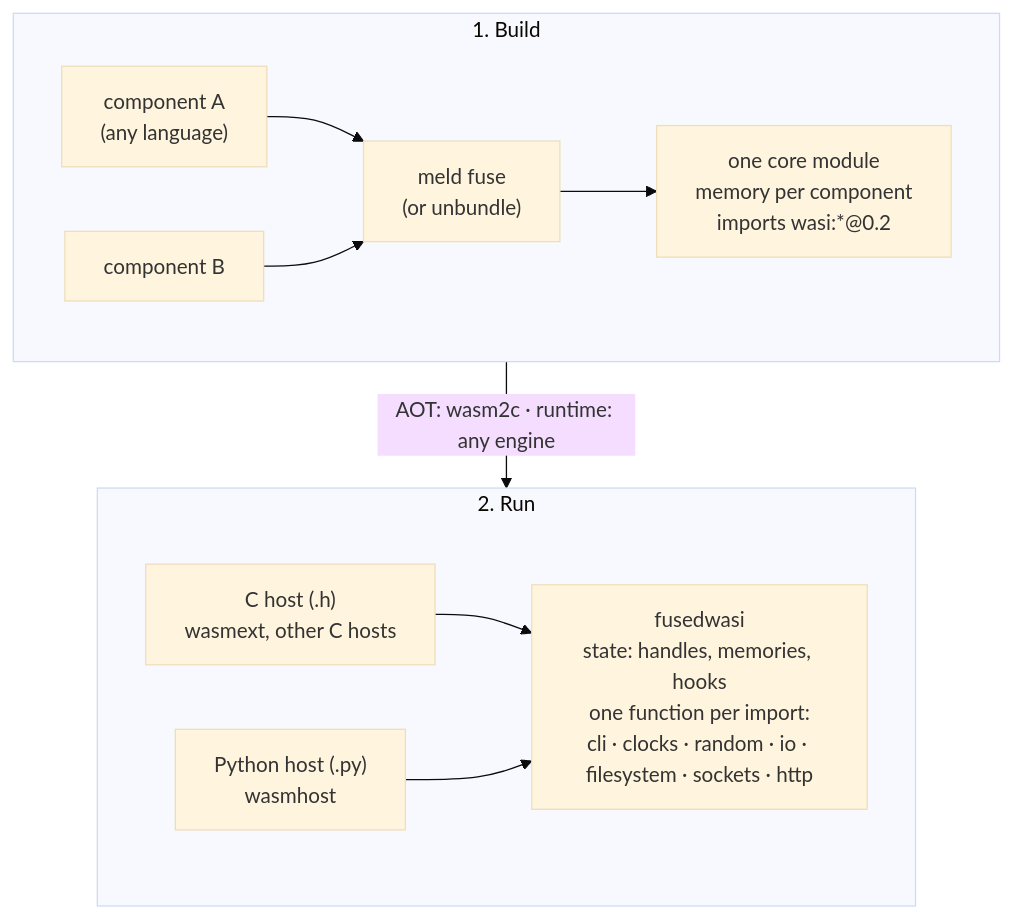
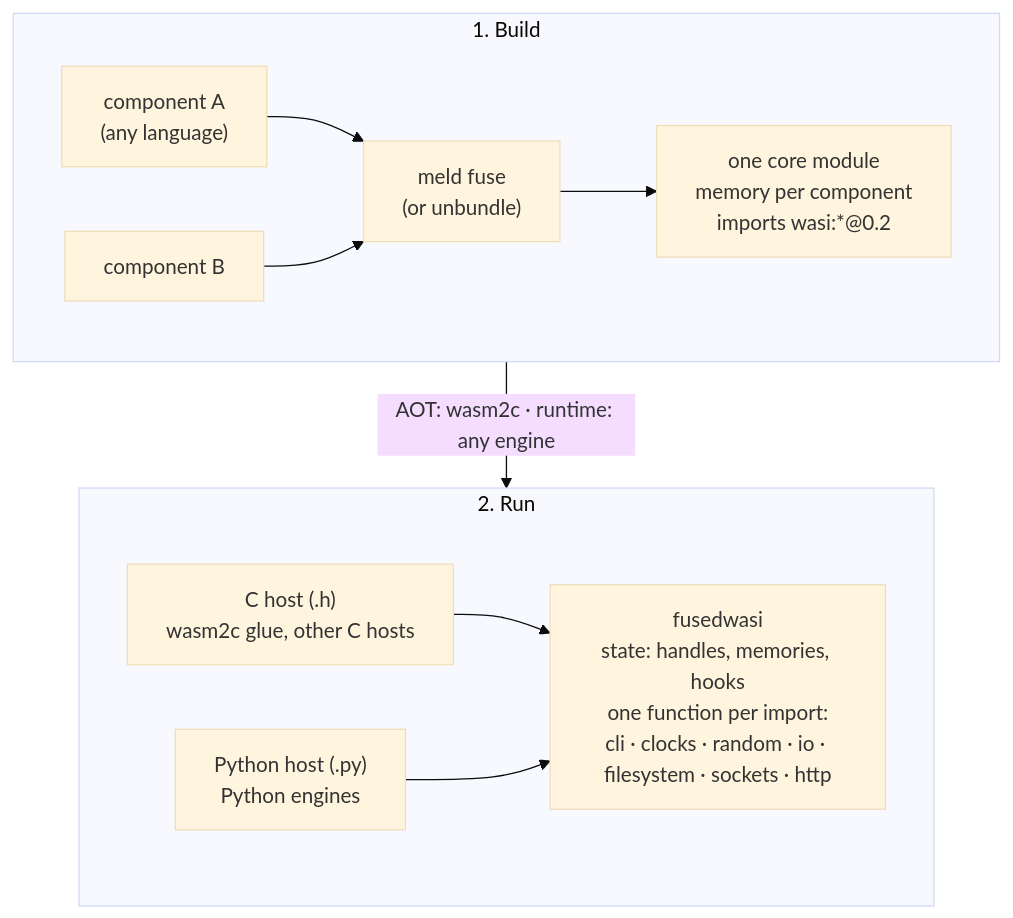
One commit to natify-sh/fusedwasi changed the diagram in README.md. Above: the diagram before and after it, drawn with Mermaid (base theme). The commit also changed other lines of this file and 1 other file, not shown here.

Commit message:
docs: release checklist and README say nothing of how a user works; the release does not wait for a user (C7); wasi-testsuite and the neutral users in the CI of fusedwasi come first

````diff
--- a/README.md
+++ b/README.md
@@ -14,18 +14,18 @@
 ```mermaid
 flowchart TB
     subgraph build["1. Build"]
         direction LR
         C1["component A<br/>(any language)"] --> F["meld fuse<br/>(or unbundle)"]
         C2["component B"] --> F
         F --> M["one core module<br/>memory per component<br/>imports wasi:*@0.2"]
     end
 
     subgraph run["2. Run"]
         direction LR
-        H["C host (.h)<br/>wasmext, other C hosts"] --> FW
-        Y["Python host (.py)<br/>wasmhost"] --> FW
+        H["C host (.h)<br/>wasm2c glue, other C hosts"] --> FW
+        Y["Python host (.py)<br/>Python engines"] --> FW
         FW["fusedwasi<br/>state: handles, memories, hooks<br/>one function per import:<br/>cli · clocks · random · io · filesystem · sockets · http"]
     end
 
     build -- "AOT: wasm2c · runtime: any engine" --> run
 ```
````
